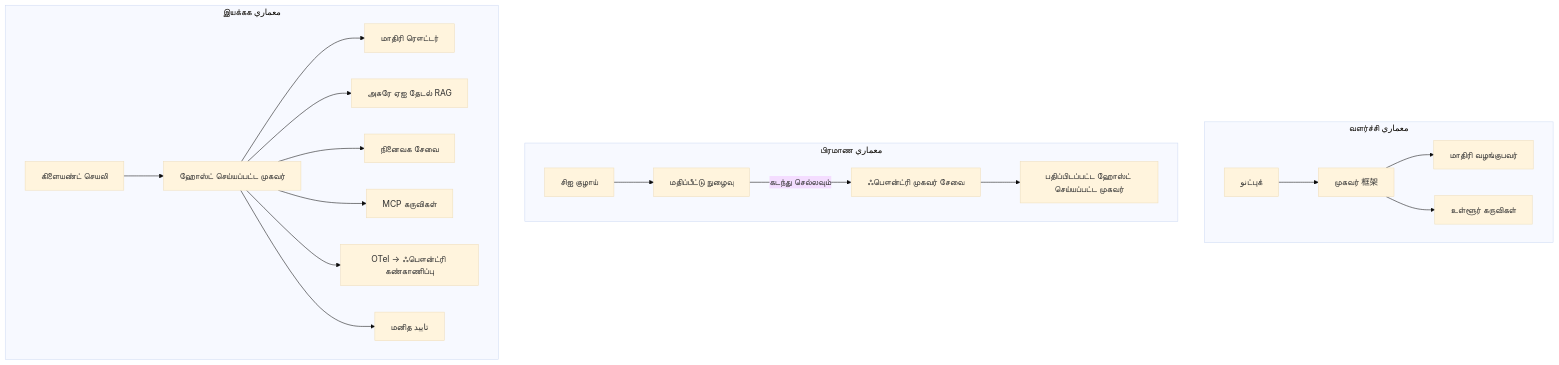
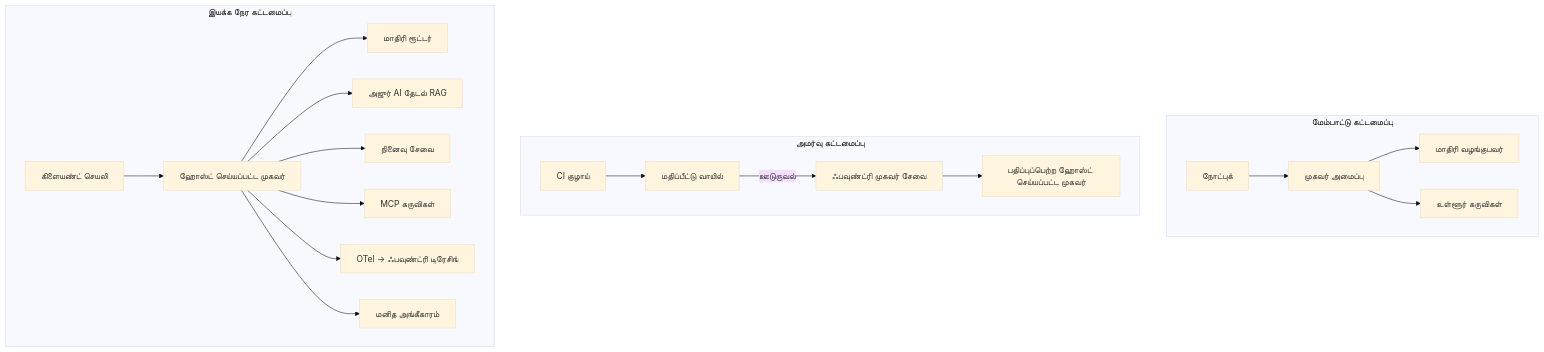
The fourth of 4 diagrams in mirrors/repos/microsoft@ai-agents-for-beginners/translations/ta/16-deploying-scalable-agents/README.md (gabrielmoreira/agent-skills-mirror), drawn with Mermaid (base theme) before and after one commit. The commit also changed other lines of this file and 3581 other files, not shown here.

````diff
--- a/mirrors/repos/microsoft@ai-agents-for-beginners/translations/ta/16-deploying-scalable-agents/README.md
+++ b/mirrors/repos/microsoft@ai-agents-for-beginners/translations/ta/16-deploying-scalable-agents/README.md
@@ -185,22 +185,22 @@
 ```mermaid
 flowchart TB
-    subgraph Dev[வளர்ச்சி معماري]
-        D1[نوட்புக்] --> D2[முகவர் 框架]
+    subgraph Dev[மேம்பாட்டு கட்டமைப்பு]
+        D1[நோட்புக்] --> D2[முகவர் அமைப்பு]
         D2 --> D3[மாதிரி வழங்குபவர்]
         D2 --> D4[உள்ளூர் கருவிகள்]
     end
-    subgraph Deploy[பிரமாண معماري]
-        E1[சிஐ குழாய்] --> E2[மதிப்பீட்டு நுழைவு]
-        E2 -->|கடந்து செல்லவும்| E3[ஃபௌன்ட்ரி முகவர் சேவை]
-        E3 --> E4[பதிப்பிடப்பட்ட ஹோஸ்ட் செய்யப்பட்ட முகவர்]
+    subgraph Deploy[அமர்வு கட்டமைப்பு]
+        E1[CI குழாய்] --> E2[மதிப்பீட்டு வாயில்]
+        E2 -->|ஊடுருவல்| E3[ஃபவுண்ட்ரி முகவர் சேவை]
+        E3 --> E4[பதிப்புப்பெற்ற ஹோஸ்ட் செய்யப்பட்ட முகவர்]
     end
-    subgraph Run[இயக்கக معماري]
+    subgraph Run[இயக்க நேர கட்டமைப்பு]
         F1[கிளையண்ட் செயலி] --> F2[ஹோஸ்ட் செய்யப்பட்ட முகவர்]
-        F2 --> F3[மாதிரி ரௌட்டர்]
-        F2 --> F4[அசுரே ஏஐ தேடல் RAG]
-        F2 --> F5[நினைவக சேவை]
+        F2 --> F3[மாதிரி ரூட்டர்]
+        F2 --> F4[அஜுர் AI தேடல் RAG]
+        F2 --> F5[நினைவு சேவை]
         F2 --> F6[MCP கருவிகள்]
-        F2 --> F7[OTel -> ஃபௌன்ட்ரி கண்காணிப்பு]
-        F2 --> F8[மனித تایید]
+        F2 --> F7[OTel -> ஃபவுண்ட்ரி டிரேசிங்]
+        F2 --> F8[மனித அங்கீகாரம்]
     end
 ```
````
